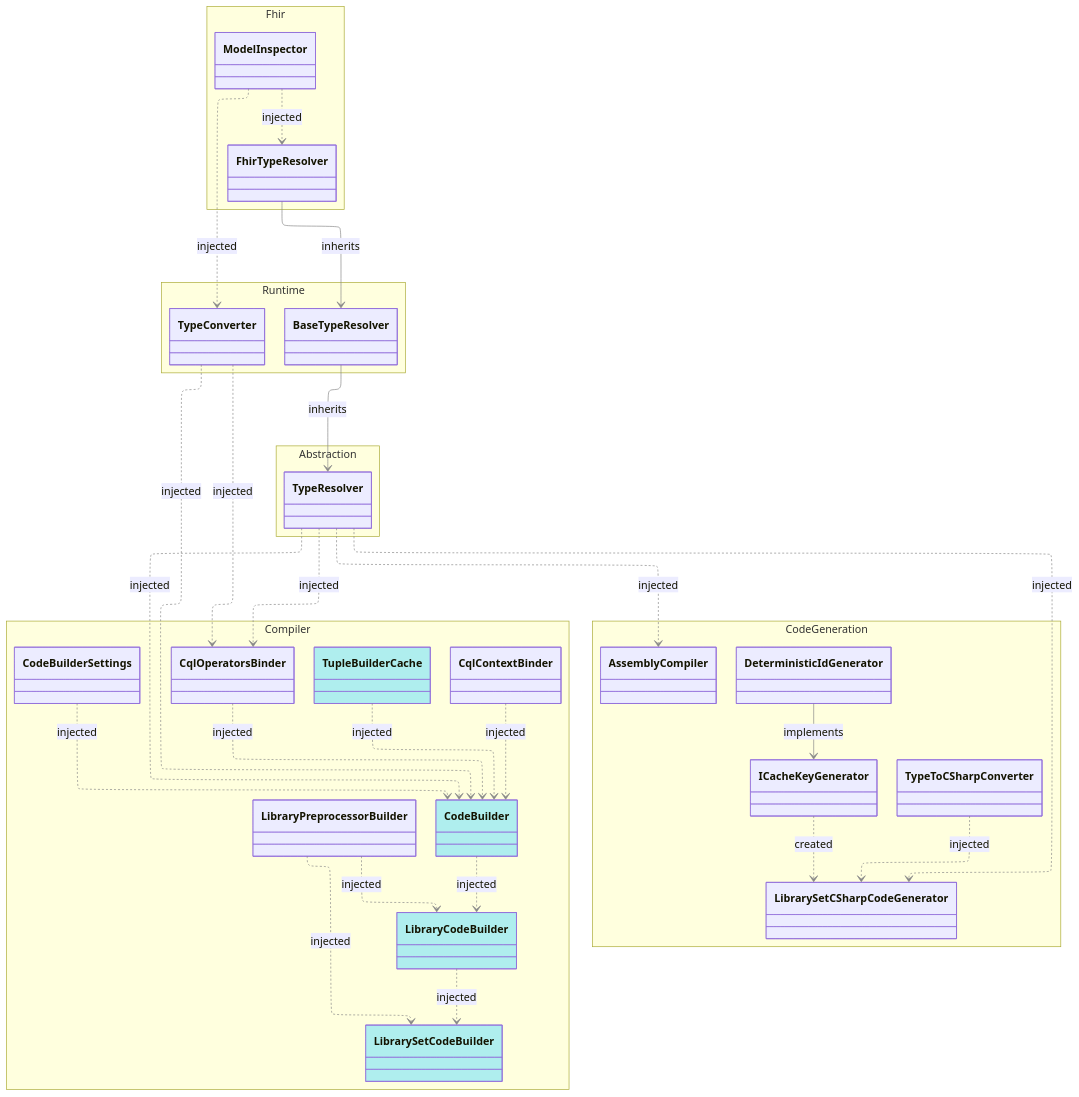
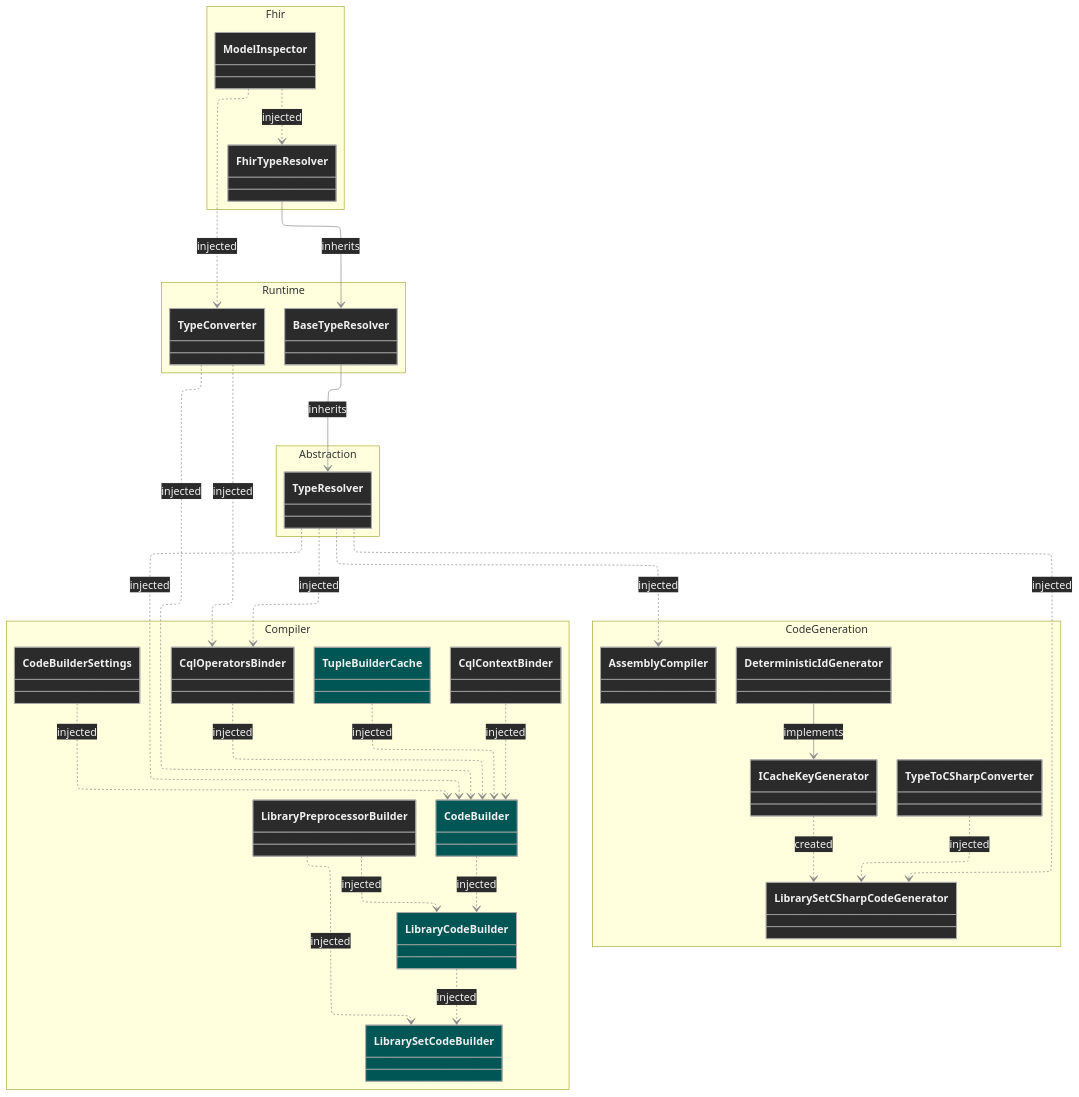
One commit to FirelyTeam/firely-cql-sdk changed the diagram in docs/diagrams/dependency-diagrams.elm-toolkit-services.mmd. Above: the diagram before and after it, drawn with Mermaid. The commit also changed 6 other files, not shown here.

First line of the commit message:
Give diagram vertices a dark fill and make edge labels transparent

```diff
--- a/docs/diagrams/dependency-diagrams.elm-toolkit-services.mmd
+++ b/docs/diagrams/dependency-diagrams.elm-toolkit-services.mmd
@@ -1,79 +1,84 @@
 %%{init: {
     'layout': 'elk',
     'themeVariables':{
       'lineColor': '#888',
-      'lineWidth': 4
-}}}%%
+      'lineWidth': 4,
+      'mainBkg': '#2b2b2b',
+      'classText': '#f0f0f0',
+      'nodeBorder': '#aaaaaa'
+    },
+    'themeCSS': '.labelBkg { background: transparent !important; } .edgeLabel .label rect { fill: transparent !important; } .edgeLabel .label span { background: transparent !important; } .edgeLabel, .edgeLabel p { color: #333 !important; }'
+}}%%
 
 classDiagram
 
     direction TB
 
     namespace Compiler {
         class LibrarySetCodeBuilder { }    
         class LibraryCodeBuilder { }    
         class CodeBuilder { }    
         class CodeBuilderSettings { }    
         class TupleBuilderCache { }
         class CqlContextBinder { }
         class CqlOperatorsBinder { }       
         class LibraryPreprocessorBuilder { }
     }
 
     namespace CodeGeneration {
         class TypeToCSharpConverter { }
         class LibrarySetCSharpCodeGenerator { }
         class AssemblyCompiler { }
         class ICacheKeyGenerator { }
         class DeterministicIdGenerator { }
     }
 
     namespace Abstraction {
         class TypeResolver { }
     }
 
     namespace Runtime {
         class BaseTypeResolver { }
         class TypeConverter { }
     }
 
     namespace Fhir {
         class FhirTypeResolver { }
         class ModelInspector { }
     }
 
     %% Style Scoped Types as Cyan
-    style LibrarySetCodeBuilder fill:#AFEEEE
-    style LibraryCodeBuilder fill:#AFEEEE
-    style CodeBuilder fill:#AFEEEE
-    style TupleBuilderCache fill:#AFEEEE
+    style LibrarySetCodeBuilder fill:#055
+    style LibraryCodeBuilder fill:#055
+    style CodeBuilder fill:#055
+    style TupleBuilderCache fill:#055
     
     %% Inheritance  
     BaseTypeResolver --> TypeResolver : inherits
     FhirTypeResolver --> BaseTypeResolver : inherits
     DeterministicIdGenerator --> ICacheKeyGenerator : implements
     
     %% Dependencies                                                 
     LibraryCodeBuilder ..> LibrarySetCodeBuilder : injected
     LibraryPreprocessorBuilder ..> LibrarySetCodeBuilder : injected
     CodeBuilder ..> LibraryCodeBuilder : injected
     LibraryPreprocessorBuilder ..> LibraryCodeBuilder : injected
 
     TypeResolver ..> CodeBuilder : injected
     CqlOperatorsBinder ..> CodeBuilder : injected
     TupleBuilderCache ..> CodeBuilder : injected
     CqlContextBinder ..> CodeBuilder : injected
     CodeBuilderSettings ..> CodeBuilder : injected
     TypeConverter ..> CodeBuilder : injected
 
     TypeResolver ..> CqlOperatorsBinder : injected
     TypeConverter ..> CqlOperatorsBinder : injected
 
     ModelInspector ..> TypeConverter : injected  
     ModelInspector ..> FhirTypeResolver : injected  
 
     TypeToCSharpConverter ..> LibrarySetCSharpCodeGenerator : injected
     TypeResolver ..> LibrarySetCSharpCodeGenerator : injected
     ICacheKeyGenerator ..> LibrarySetCSharpCodeGenerator : created
 
     TypeResolver ..> AssemblyCompiler : injected
```
